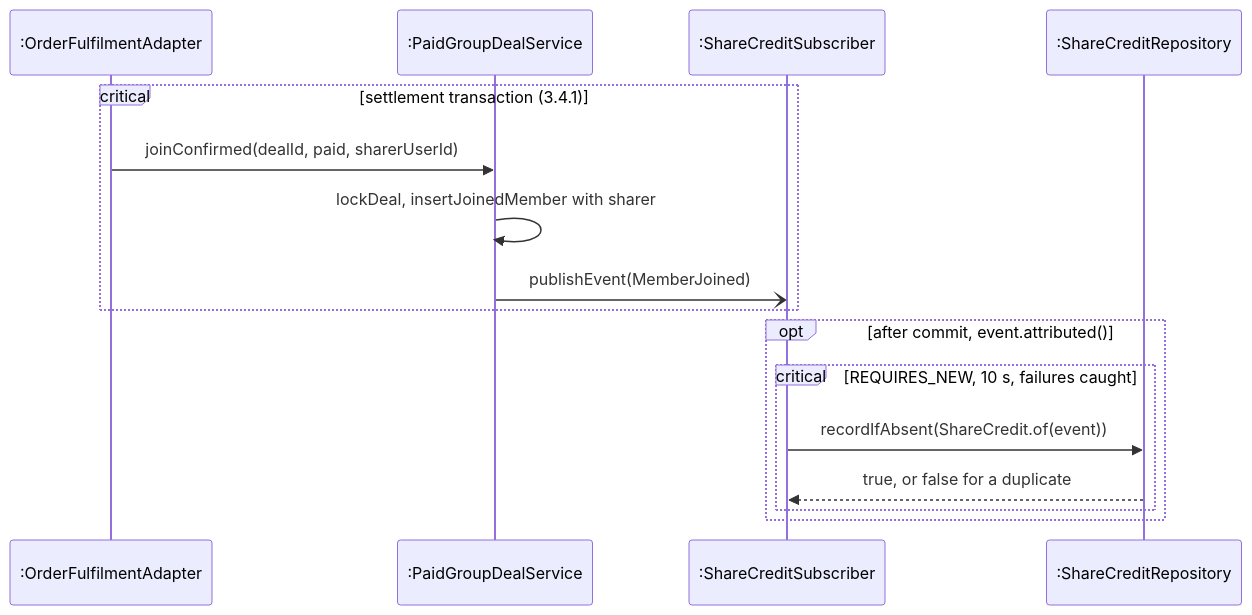
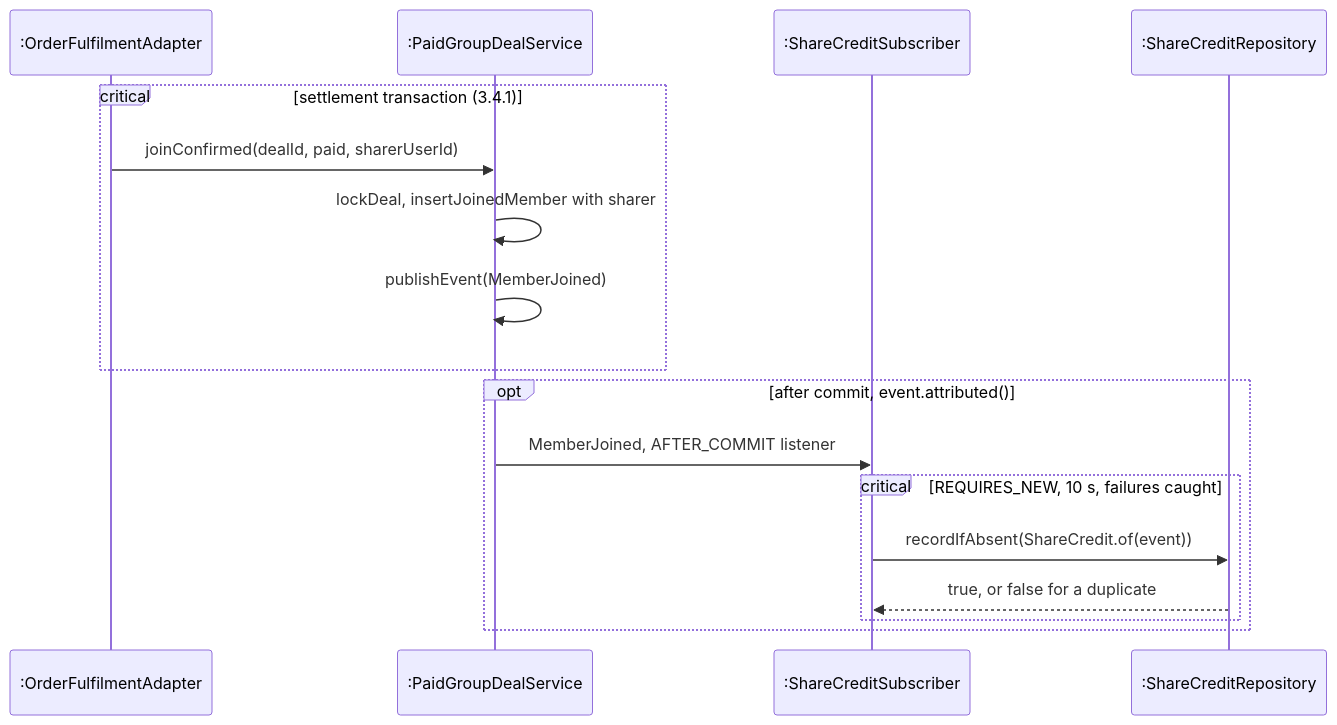
Diagram 19 of 19 in docs/swe5006/report/sections/03-4-4-lim.md (PPsyrius/iss-groupbuy-team8), drawn with Mermaid before and after one commit. The commit also changed 17 other files, not shown here.

````diff
--- a/docs/swe5006/report/sections/03-4-4-lim.md
+++ b/docs/swe5006/report/sections/03-4-4-lim.md
@@ -900,18 +900,19 @@
 ```mermaid
 sequenceDiagram
     participant F as :OrderFulfilmentAdapter
     participant P as :PaidGroupDealService
     participant L as :ShareCreditSubscriber
     participant R as :ShareCreditRepository
     critical settlement transaction (3.4.1)
         F->>P: joinConfirmed(dealId, paid, sharerUserId)
         P->>P: lockDeal, insertJoinedMember with sharer
-        P-)L: publishEvent(MemberJoined)
+        P->>P: publishEvent(MemberJoined)
     end
     opt after commit, event.attributed()
+        P->>L: MemberJoined, AFTER_COMMIT listener
         critical REQUIRES_NEW, 10 s, failures caught
             L->>R: recordIfAbsent(ShareCredit.of(event))
             R-->>L: true, or false for a duplicate
         end
     end
 ```
````
